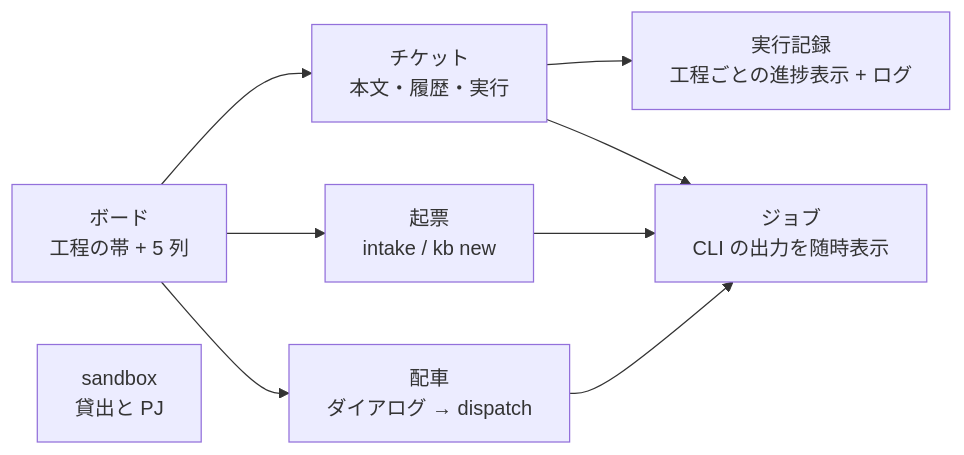
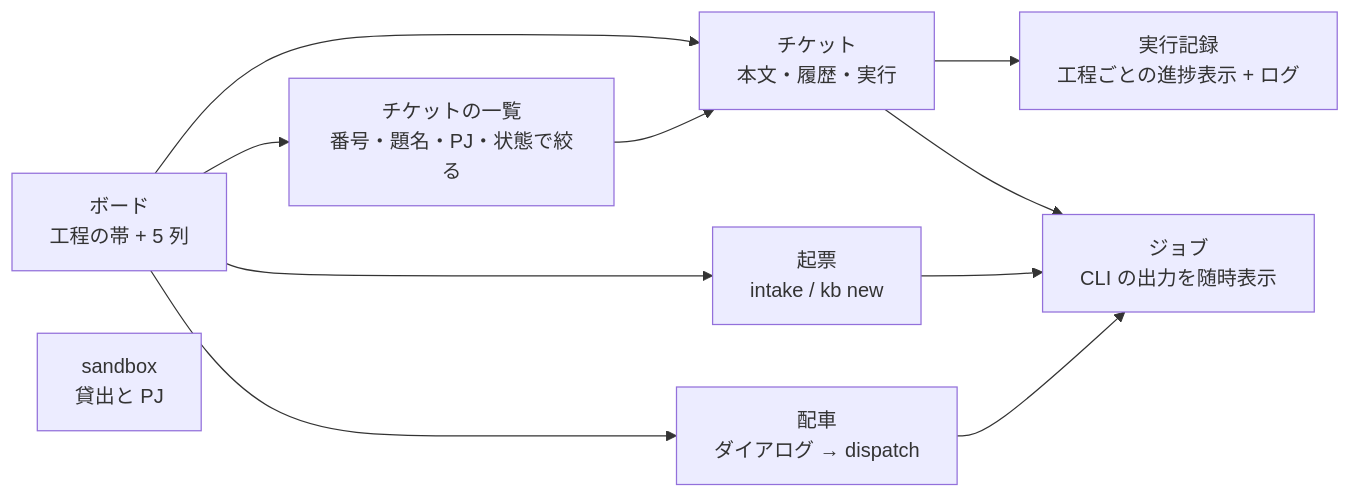
Before and after one commit to akkijp-oss/aifactory: the diagram in website/content/ja/guides/console.md, drawn with Mermaid. The commit also changed other lines of this file and 3 other files, not shown here.

````diff
--- a/website/content/ja/guides/console.md
+++ b/website/content/ja/guides/console.md
@@ -28,11 +28,13 @@
 ```mermaid
 flowchart LR
   B[ボード<br>工程の帯 + 5 列] --> T[チケット<br>本文・履歴・実行]
+  B --> L[チケットの一覧<br>番号・題名・PJ・状態で絞る]
+  L --> T
   T --> R[実行記録<br>工程ごとの進捗表示 + ログ]
   B --> I[起票<br>intake / kb new]
   B --> D[配車<br>ダイアログ → dispatch]
   D --> J
   I --> J[ジョブ<br>CLI の出力を随時表示]
   T --> J
   S[sandbox<br>貸出と PJ]
 ```
````
